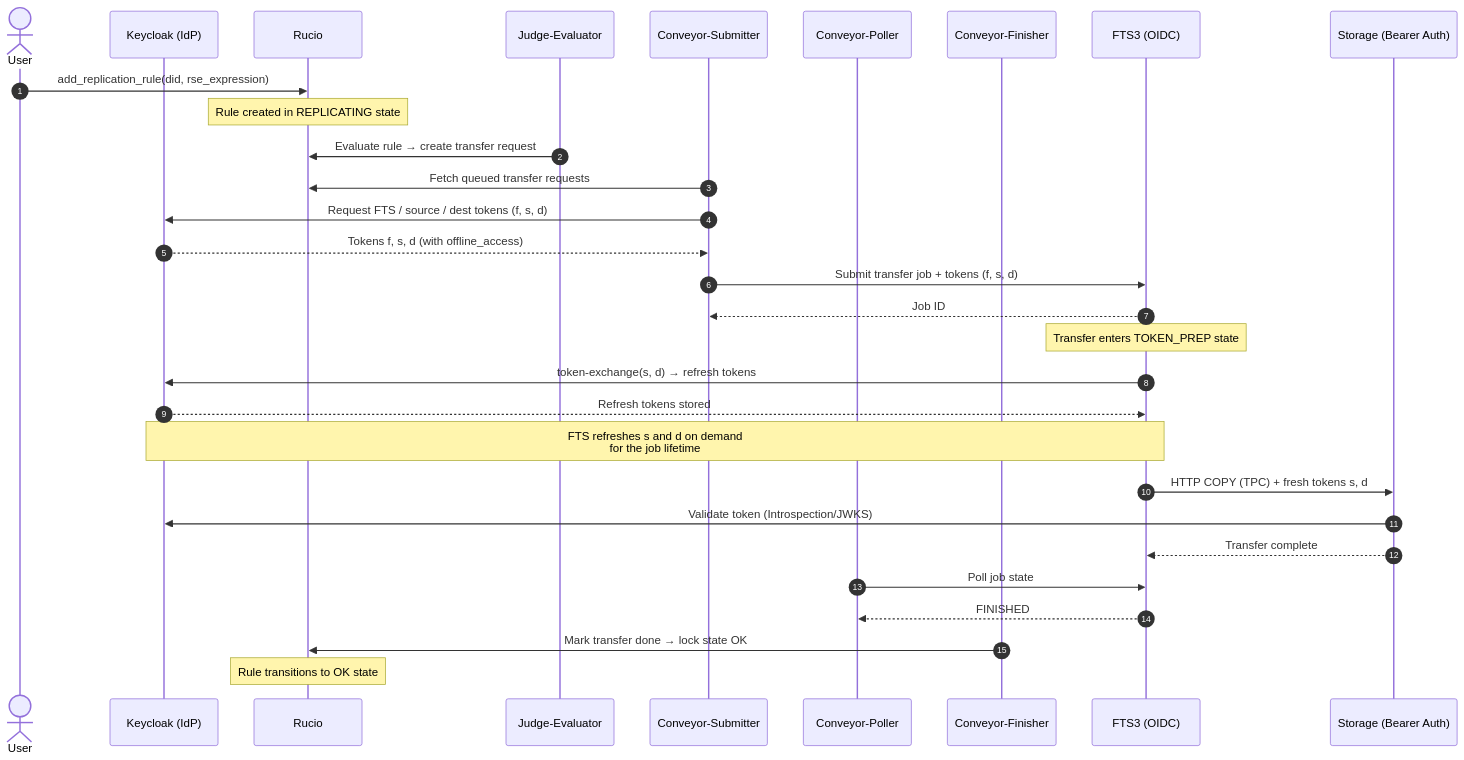
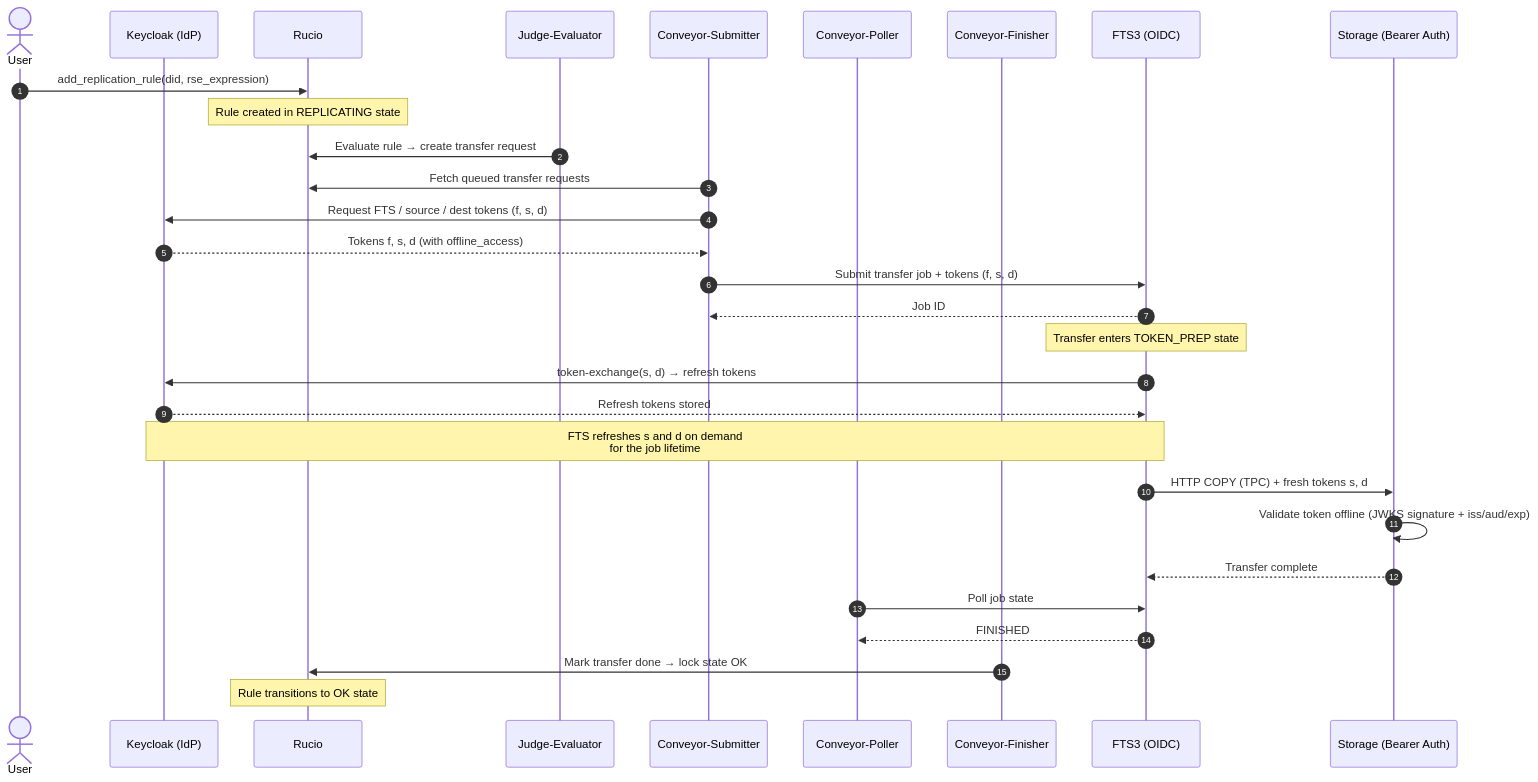
The first of 3 diagrams in docs/high-level-flows.md (RI-SCALE/dep-dlm-testbed), drawn with Mermaid before and after one commit. The commit also changed 1 other file, not shown here.

Commit message:
docs: document token exchange and offline JWT validation
- Add a dedicated reference doc covering RFC 8693 token-exchange,
  managed-mode FTS token refresh and offline JWT validation.
- Update the managed-mode sequence diagram to show offline storage-side
  JWT validation (JWKS + iss/aud/exp) instead of IdP introspection.

````diff
--- a/docs/high-level-flows.md
+++ b/docs/high-level-flows.md
@@ -23,32 +23,32 @@
 ```mermaid
 sequenceDiagram
     autonumber
     actor User
     participant KC as Keycloak (IdP)
     participant RS as Rucio
     participant JE as Judge-Evaluator
     participant CS as Conveyor-Submitter
     participant CP as Conveyor-Poller
     participant CF as Conveyor-Finisher
     participant FTS as FTS3 (OIDC)
     participant SE as Storage (Bearer Auth)
     User->>RS: add_replication_rule(did, rse_expression)
     NOTE over RS: Rule created in REPLICATING state
     JE->>RS: Evaluate rule → create transfer request
     CS->>RS: Fetch queued transfer requests
     CS->>KC: Request FTS / source / dest tokens (f, s, d)
     KC-->>CS: Tokens f, s, d (with offline_access)
     CS->>FTS: Submit transfer job + tokens (f, s, d)
     FTS-->>CS: Job ID
     NOTE over FTS: Transfer enters TOKEN_PREP state
     FTS->>KC: token-exchange(s, d) → refresh tokens
     KC-->>FTS: Refresh tokens stored
     NOTE over FTS,KC: FTS refreshes s and d on demand<br/>for the job lifetime
     FTS->>SE: HTTP COPY (TPC) + fresh tokens s, d
-    SE->>KC: Validate token (Introspection/JWKS)
+    SE->>SE: Validate token offline (JWKS signature + iss/aud/exp)
     SE-->>FTS: Transfer complete
     CP->>FTS: Poll job state
     FTS-->>CP: FINISHED
     CF->>RS: Mark transfer done → lock state OK
     NOTE over RS: Rule transitions to OK state
 ```
````
